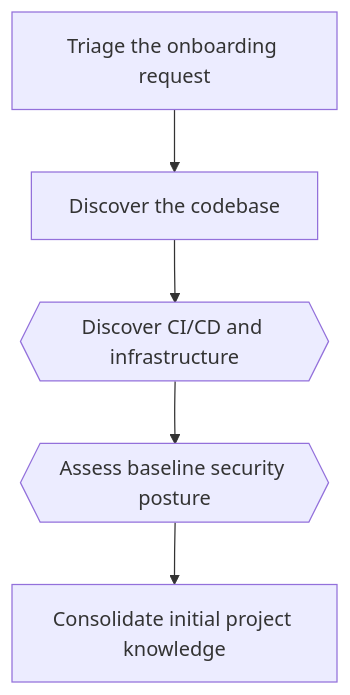
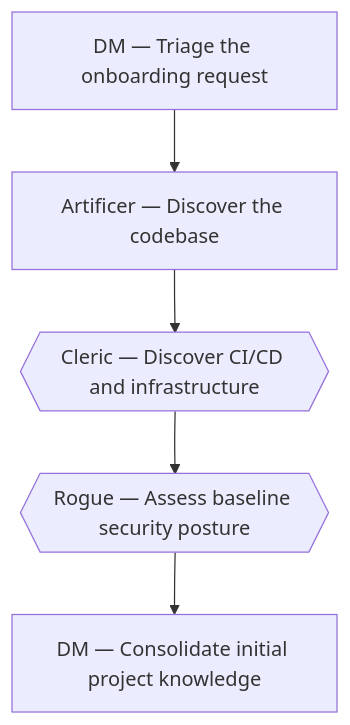
The diagram in .guild/core/workflows/onboard-existing-project/workflow.md (xavitoro/guild), drawn with Mermaid before and after one commit. The commit also changed other lines of this file and 129 other files, not shown here.

````diff
--- a/.guild/core/workflows/onboard-existing-project/workflow.md
+++ b/.guild/core/workflows/onboard-existing-project/workflow.md
@@ -17,12 +17,12 @@
 ```mermaid
 flowchart TD
-    onboard-01-triage["Triage the onboarding request"]
-    onboard-02-discover-codebase["Discover the codebase"]
-    onboard-03-discover-infra{{"Discover CI/CD and infrastructure"}}
-    onboard-04-baseline-threat-model{{"Assess baseline security posture"}}
-    onboard-05-consolidate-knowledge["Consolidate initial project knowledge"]
+    onboard-01-triage["DM — Triage the onboarding request"]
+    onboard-02-discover-codebase["Artificer — Discover the codebase"]
+    onboard-03-discover-infra{{"Cleric — Discover CI/CD and infrastructure"}}
+    onboard-04-baseline-threat-model{{"Rogue — Assess baseline security posture"}}
+    onboard-05-consolidate-knowledge["DM — Consolidate initial project knowledge"]
     onboard-01-triage --> onboard-02-discover-codebase
     onboard-02-discover-codebase --> onboard-03-discover-infra
     onboard-03-discover-infra --> onboard-04-baseline-threat-model
     onboard-04-baseline-threat-model --> onboard-05-consolidate-knowledge
 ```
````
